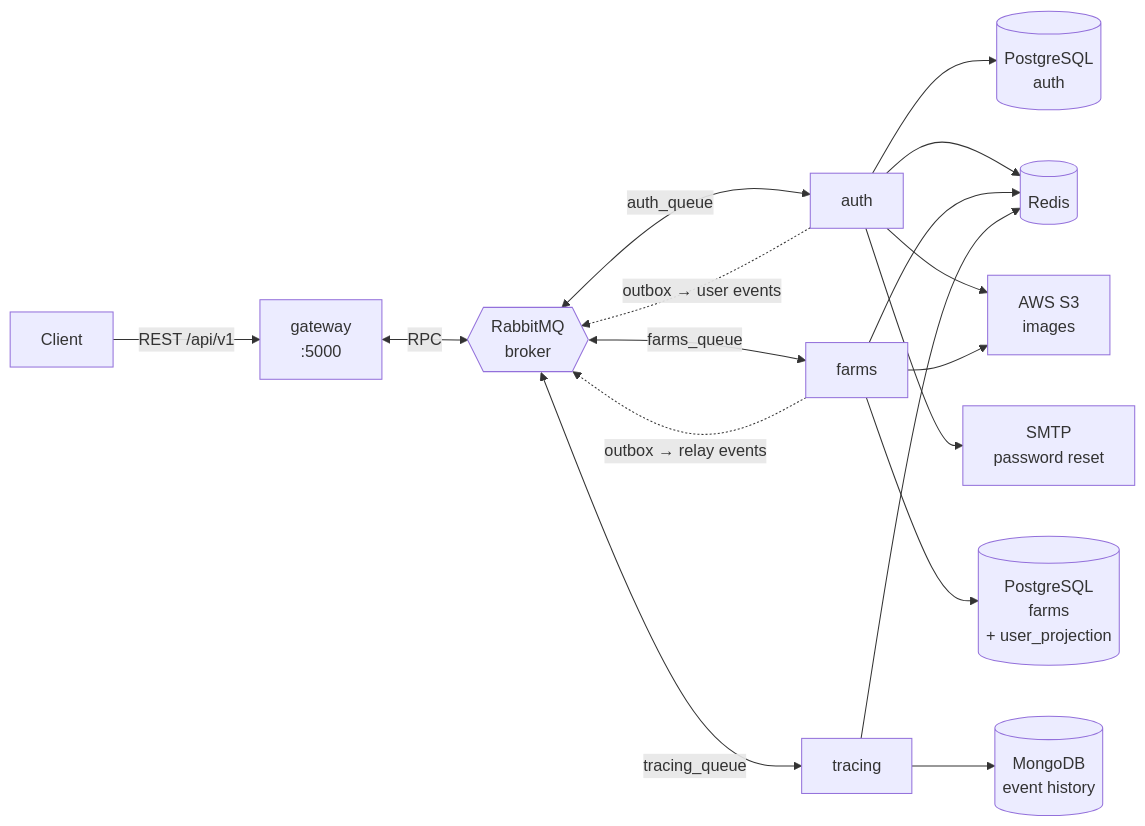
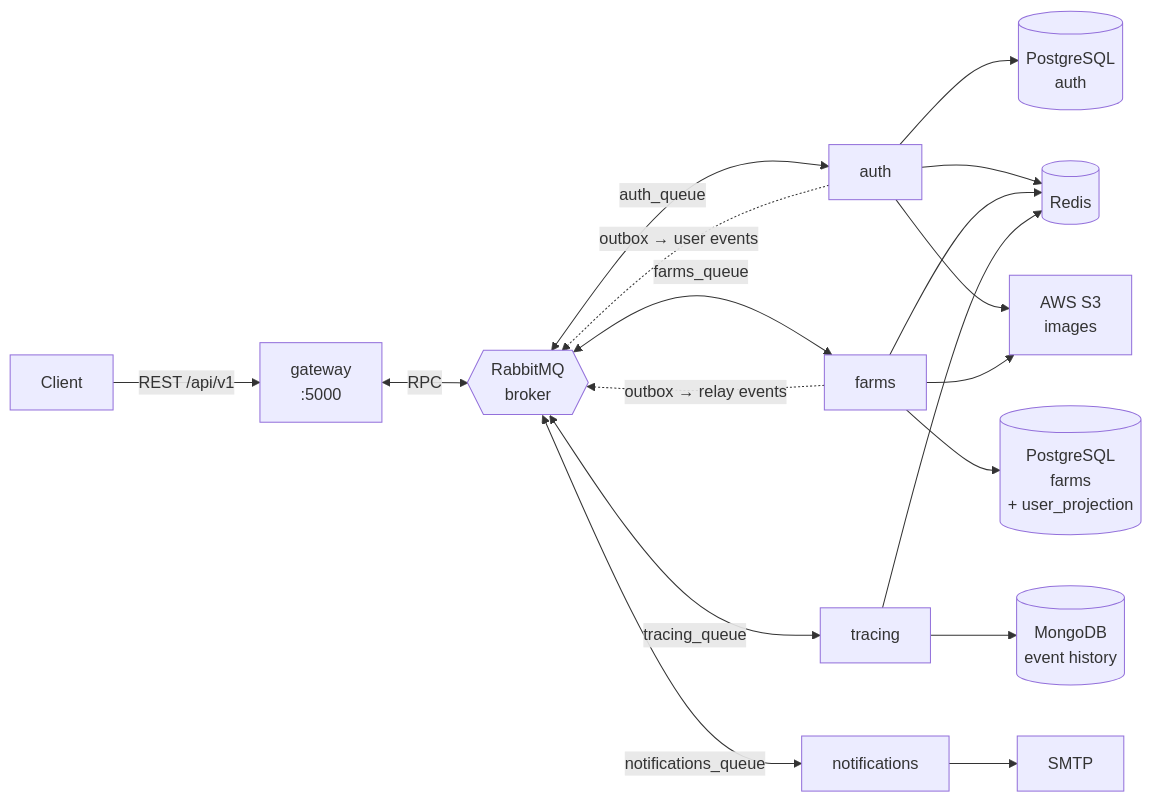
One commit to RookieCol/harvestledger changed the diagram in README.md. Above: the diagram before and after it, drawn with Mermaid. The commit also changed other lines of this file and 6 other files, not shown here.

````diff
--- a/README.md
+++ b/README.md
@@ -28,23 +28,24 @@
 ```mermaid
 flowchart LR
     C[Client] -->|REST /api/v1| GW[gateway<br/>:5000]
 
     GW <-->|RPC| MQ{{RabbitMQ<br/>broker}}
     MQ <-->|auth_queue| AU[auth]
     MQ <-->|farms_queue| FA[farms]
     MQ <-->|tracing_queue| TR[tracing]
+    MQ <-->|notifications_queue| NO[notifications]
     FA -.->|outbox → relay events| MQ
     AU -.->|outbox → user events| MQ
+    NO --> MAILSINK[SMTP]
 
     AU --> PGA[(PostgreSQL<br/>auth)]
     FA --> PGF[(PostgreSQL<br/>farms<br/>+ user_projection)]
     TR --> MONGO[(MongoDB<br/>event history)]
 
     AU --> RD[(Redis)]
     FA --> RD
     TR --> RD
 
     AU --> S3[AWS S3<br/>images]
     FA --> S3
-    AU --> MAIL[SMTP<br/>password reset]
 ```
````
